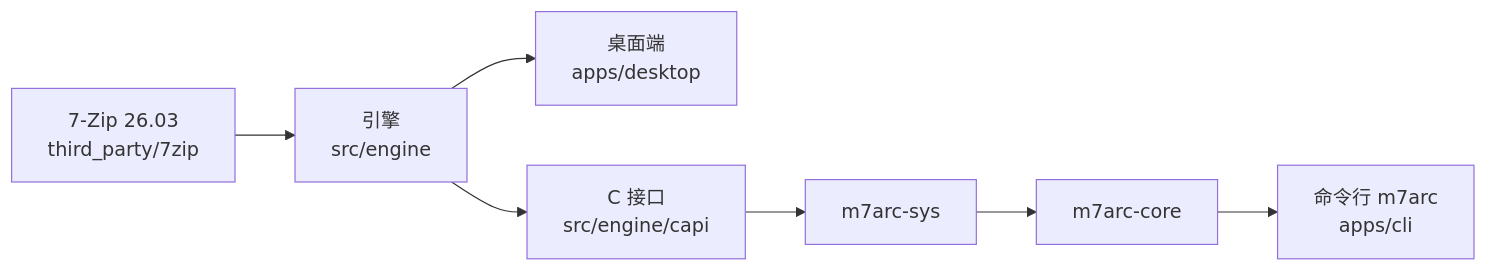
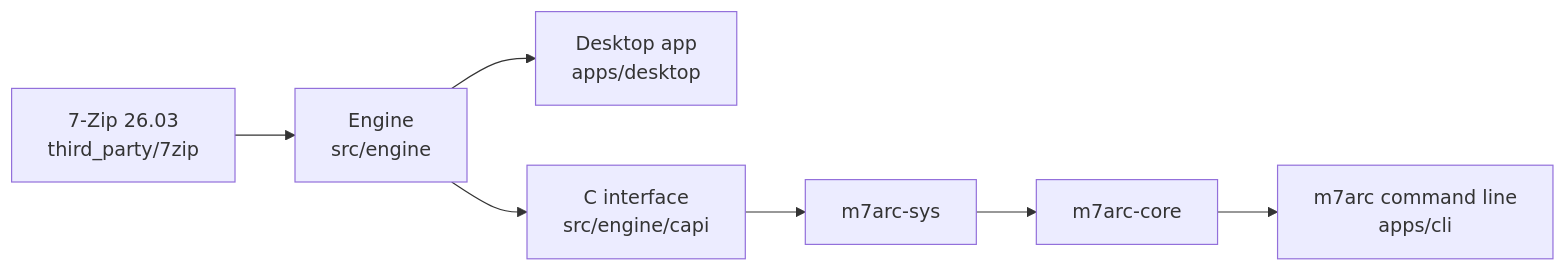
The diagram in README.md (hyyyyyyz/M7Arc), drawn with Mermaid before and after one commit. The commit also changed other lines of this file and 2 other files, not shown here.

````diff
--- a/README.md
+++ b/README.md
@@ -149,9 +153,9 @@
 ```mermaid
 flowchart LR
-  Z["7-Zip 26.03<br/>third_party/7zip"] --> E["引擎<br/>src/engine"]
-  E --> D["桌面端<br/>apps/desktop"]
-  E --> C["C 接口<br/>src/engine/capi"]
+  Z["7-Zip 26.03<br/>third_party/7zip"] --> E["Engine<br/>src/engine"]
+  E --> D["Desktop app<br/>apps/desktop"]
+  E --> C["C interface<br/>src/engine/capi"]
   C --> S["m7arc-sys"]
   S --> K["m7arc-core"]
-  K --> L["命令行 m7arc<br/>apps/cli"]
+  K --> L["m7arc command line<br/>apps/cli"]
 ```
````
